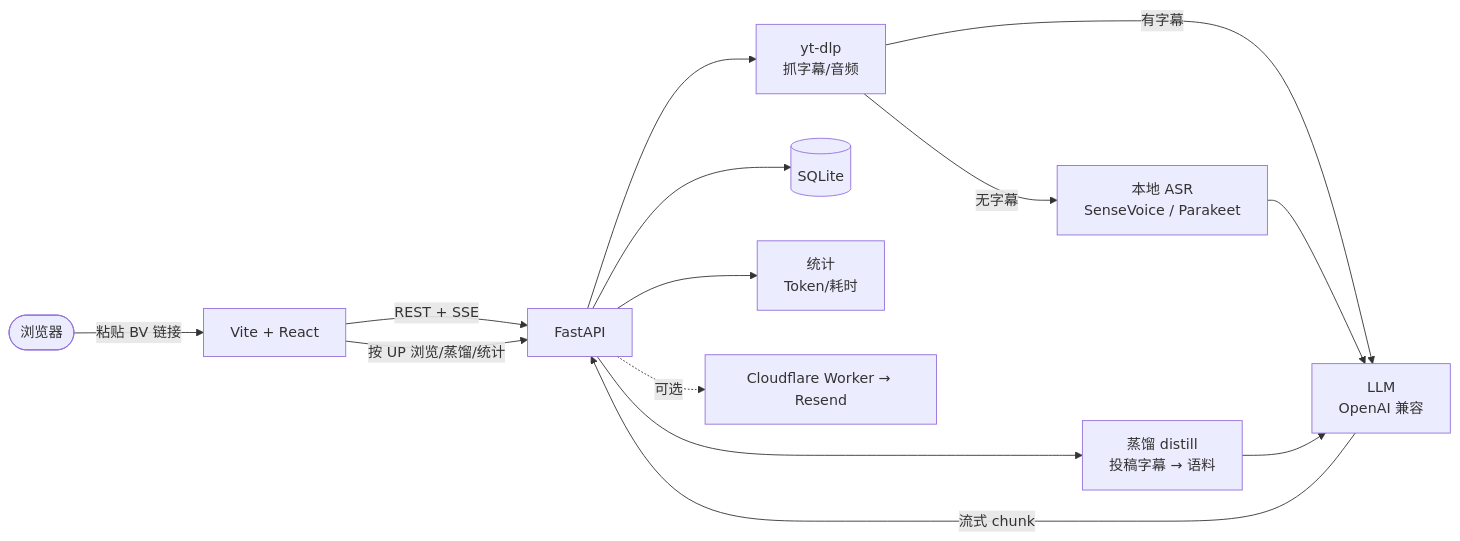
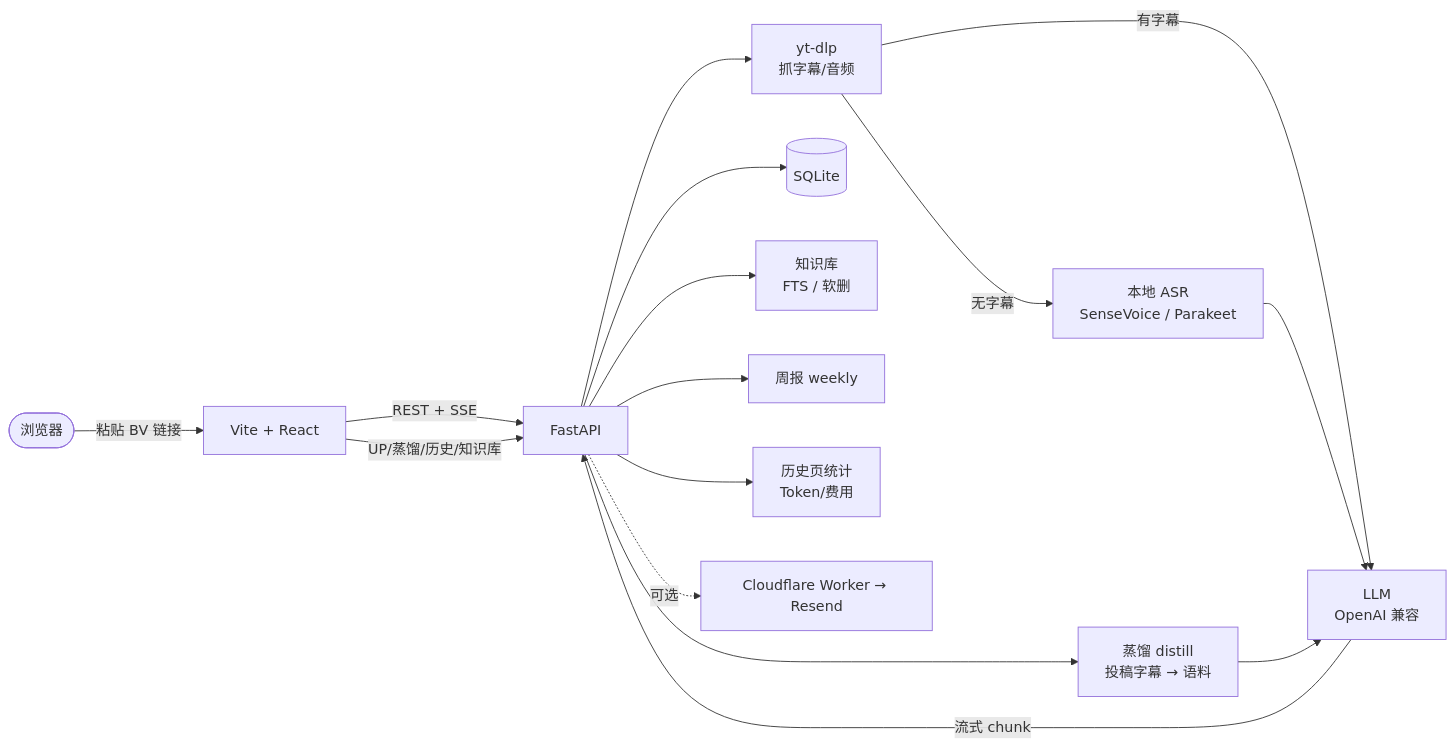
Before and after one commit to BazingaOrg/biri-youyaku: the diagram in README.md, drawn with Mermaid. The commit also changed other lines of this file and 7 other files, not shown here.

First line of the commit message:
docs: align README and config with knowledge and weekly features

````diff
--- a/README.md
+++ b/README.md
@@ -110,16 +111,18 @@
 ```mermaid
 flowchart LR
     user([浏览器]) -->|粘贴 BV 链接| web[Vite + React]
     web -->|REST + SSE| api[FastAPI]
-    web -->|按 UP 浏览/蒸馏/统计| api
+    web -->|UP/蒸馏/历史/知识库| api
     api --> ytdlp[yt-dlp<br/>抓字幕/音频]
     ytdlp -->|有字幕| llm
     ytdlp -->|无字幕| asr[本地 ASR<br/>SenseVoice / Parakeet]
     asr --> llm[LLM<br/>OpenAI 兼容]
     api --> distill[蒸馏 distill<br/>投稿字幕 → 语料]
     distill --> llm
     llm -->|流式 chunk| api
     api --> db[(SQLite)]
-    api --> stats[统计<br/>Token/耗时]
+    api --> knowledge[知识库<br/>FTS / 软删]
+    api --> weekly[周报 weekly]
+    api --> stats[历史页统计<br/>Token/费用]
     api -. 可选 .-> mail[Cloudflare Worker → Resend]
 ```
````
